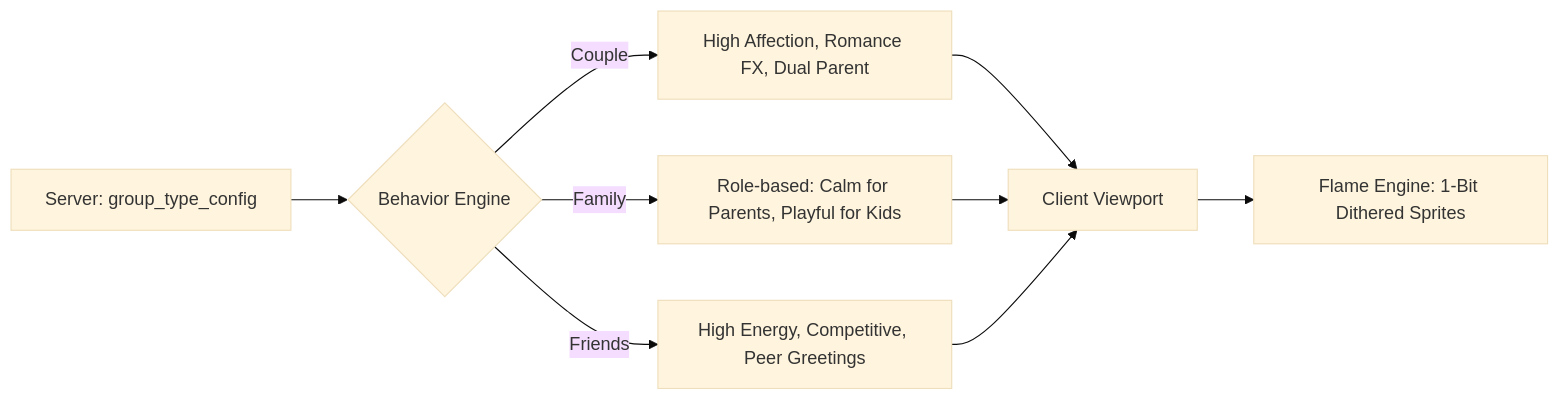
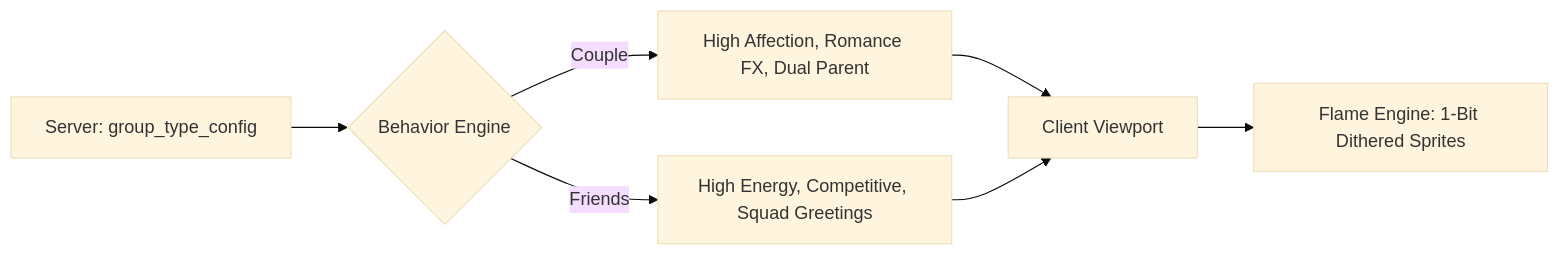
The second of 2 diagrams in Documentation/Multiplayer/02-group-types-and-targeting.md (TheMrCorvy/HATCH.REF), drawn with Mermaid (base theme) before and after one commit. The commit also changed other lines of this file and 55 other files, not shown here.

````diff
--- a/Documentation/Multiplayer/02-group-types-and-targeting.md
+++ b/Documentation/Multiplayer/02-group-types-and-targeting.md
@@ -99,14 +85,12 @@
 ```mermaid
 flowchart LR
-    PetConfig[Server: group_type_config] --> PersonalityEngine{Behavior Engine}
+    KaijuConfig[Server: group_type_config] --> PersonalityEngine{Behavior Engine}
     
     PersonalityEngine -->|Couple| P1[High Affection, Romance FX, Dual Parent]
-    PersonalityEngine -->|Family| P2[Role-based: Calm for Parents, Playful for Kids]
-    PersonalityEngine -->|Friends| P3[High Energy, Competitive, Peer Greetings]
+    PersonalityEngine -->|Friends| P3[High Energy, Competitive, Squad Greetings]
     
     P1 --> Render[Client Viewport]
-    P2 --> Render
     P3 --> Render
     
     Render --> 1Bit[Flame Engine: 1-Bit Dithered Sprites]
 ```
````
